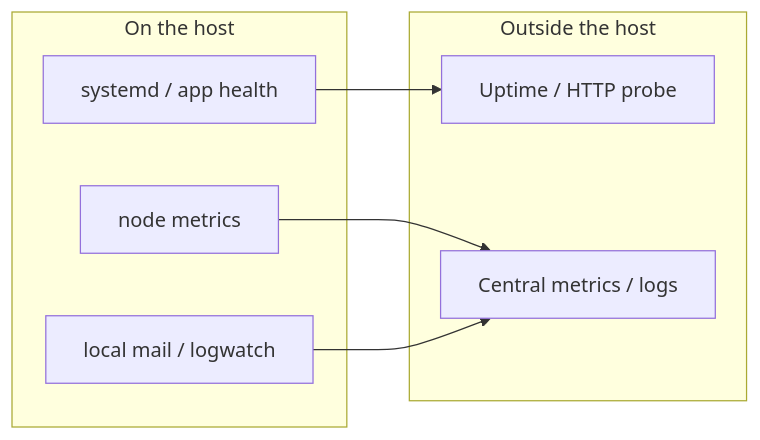
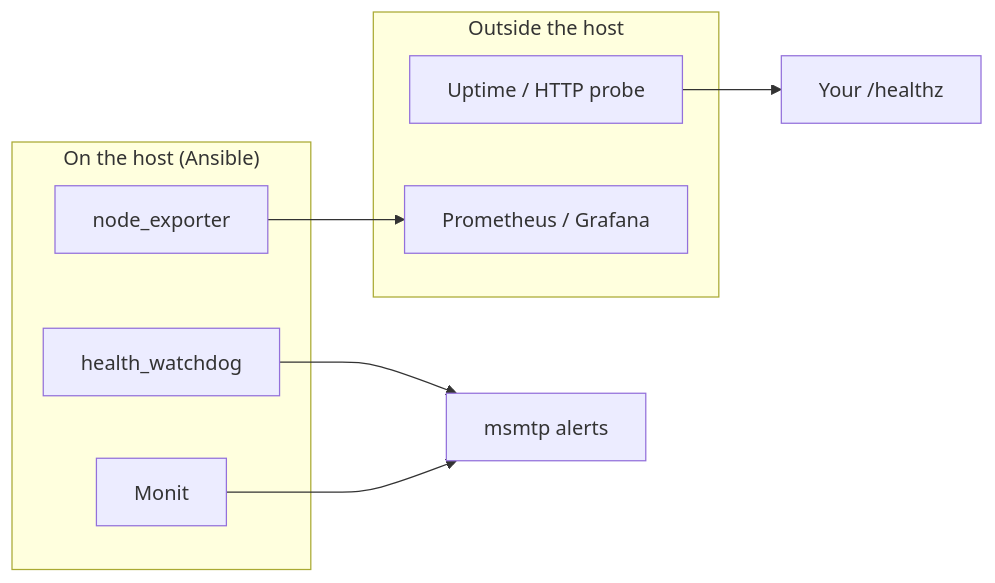
The diagram in docs/06-operations/monitoring-and-healthchecks.md (nowo-tech/LinuxServerHardening), drawn with Mermaid before and after one commit. The commit also changed other lines of this file and 14 other files, not shown here.

First line of the commit message:
Add idempotent monitoring_stack for metrics, watchdog, and Monit.

````diff
--- a/docs/06-operations/monitoring-and-healthchecks.md
+++ b/docs/06-operations/monitoring-and-healthchecks.md
@@ -11,15 +42,16 @@
 ```mermaid
 flowchart LR
-  subgraph host["On the host"]
-    H1[systemd / app health]
-    H2[node metrics]
-    H3[local mail / logwatch]
+  subgraph host["On the host (Ansible)"]
+    H1[health_watchdog]
+    H2[node_exporter]
+    H3[Monit]
   end
   subgraph edge["Outside the host"]
     E1[Uptime / HTTP probe]
-    E2[Central metrics / logs]
+    E2[Prometheus / Grafana]
   end
-  H1 --> E1
+  H1 --> Mail[msmtp alerts]
+  H3 --> Mail
   H2 --> E2
-  H3 --> E2
+  E1 --> App[Your /healthz]
 ```
````
